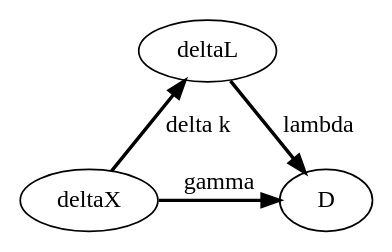
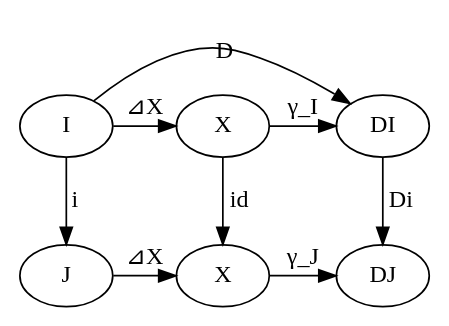
One commit to yugeta/cympfh.github.io changed the diagram in study/category/img/9.dot. Above: the diagram before and after it, drawn with Graphviz. The commit also changed 44 other files, not shown here.

```diff
--- a/study/category/img/9.dot
+++ b/study/category/img/9.dot
@@ -1,6 +1,16 @@
-digraph {
-  deltaL -> D [label = "lambda", style="bold"];
-  deltaX -> deltaL [label = "delta k", style="bold"];
-  deltaX -> D [label = "gamma", style="bold"];
-  {rank=same; deltaX; D};
+digraph cone {
+  I -> X1 [label = "⊿X"];
+  X1 -> DI [label = "γ_I"];
+  I -> DI [label = "D"];
+  J -> X2 [label = "⊿X"];
+  X2 -> DJ [label = "γ_J"];
+
+  X1 [label = "X"];
+  X2 [label = "X"];
+  {rank=same; I; X1; DI}
+  {rank=same; J; X2; DJ}
+
+  I  -> J [label = " i"];
+  X1 -> X2 [label = " id"];
+  DI -> DJ [label = " Di"];
 }
```
